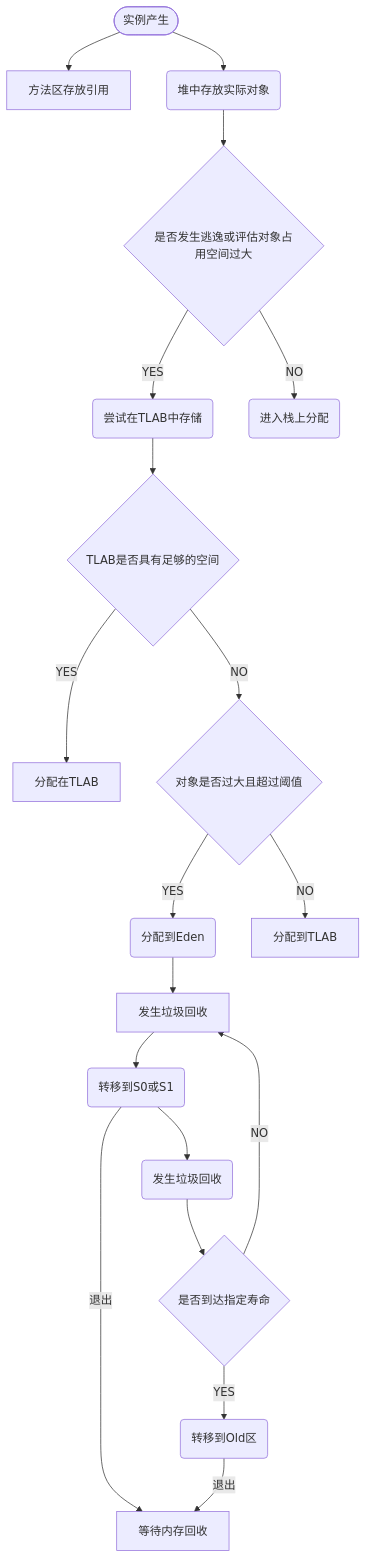
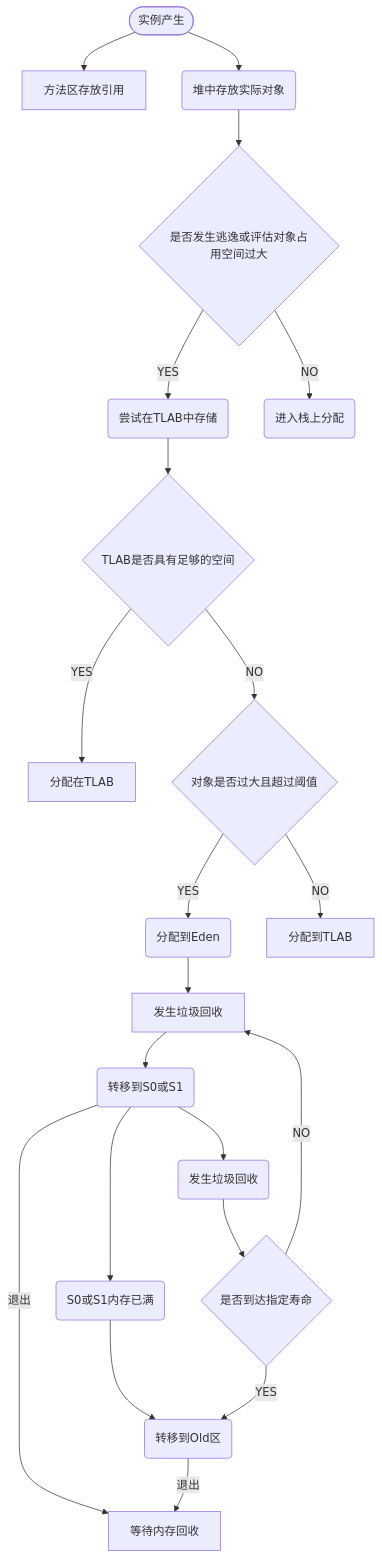
The first of 2 diagrams in JVM--Java虚拟机简单介绍.md (mudongjing/JVM-basic-knowledge), drawn with Mermaid before and after one commit. The commit also changed other lines of this file, not shown here.

````diff
--- a/JVM--Java虚拟机简单介绍.md
+++ b/JVM--Java虚拟机简单介绍.md
@@ -169,21 +176,23 @@
 ```mermaid
 graph TD
 id1([实例产生])-->方法区存放引用
 id1 -->id2(堆中存放实际对象)
 id2--> id3{是否发生逃逸或评估对象占用空间过大}
 id3-->|YES|id4(尝试在TLAB中存储)
 id3-->|NO|id5(进入栈上分配)
 id4-->id6{TLAB是否具有足够的空间}
 id6-->|YES|分配在TLAB
 id6-->|NO|id7{对象是否过大且超过阈值}
 id7-->|YES|id8(分配到Eden)
 id7-->|NO|分配到TLAB
 id8-->id9[发生垃圾回收]
 id9-->id10(转移到S0或S1)
+id10-->idman(S0或S1内存已满)
+idman-->id12
 id10-->id90(发生垃圾回收)
 id90-->id11{是否到达指定寿命}
 id11-->|YES|id12(转移到Old区)
 id11-->|NO|id9
 id10-->|退出|等待内存回收
 id12-->|退出|等待内存回收
 ```
````
